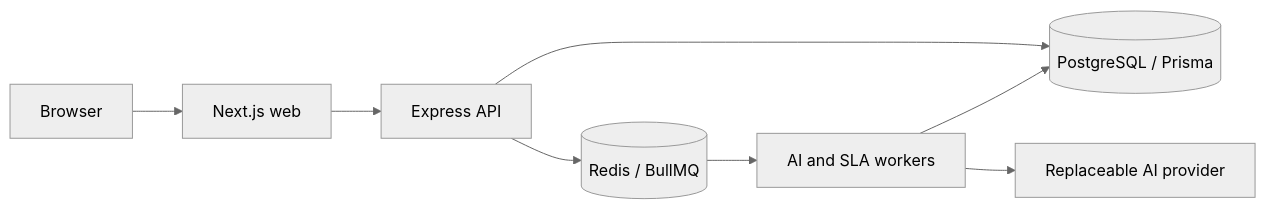
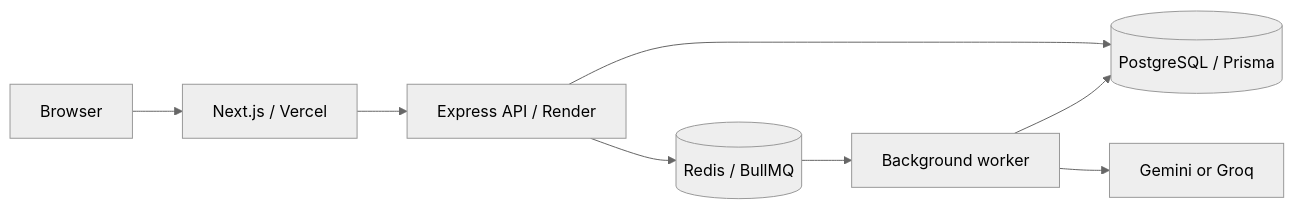
The diagram in README.md (bytebysatyam/supportpilot), drawn with Mermaid (neutral theme) before and after one commit. The commit also changed other lines of this file, not shown here.

````diff
--- a/README.md
+++ b/README.md
@@ -17,10 +61,10 @@
 ```mermaid
 flowchart LR
-  Browser --> Web[Next.js web]
-  Web --> API[Express API]
+  Browser --> Web[Next.js / Vercel]
+  Web --> API[Express API / Render]
   API --> DB[(PostgreSQL / Prisma)]
   API --> Queue[(Redis / BullMQ)]
-  Queue --> Worker[AI and SLA workers]
+  Queue --> Worker[Background worker]
   Worker --> DB
-  Worker --> Provider[Replaceable AI provider]
+  Worker --> AI[Gemini or Groq]
 ```
````
